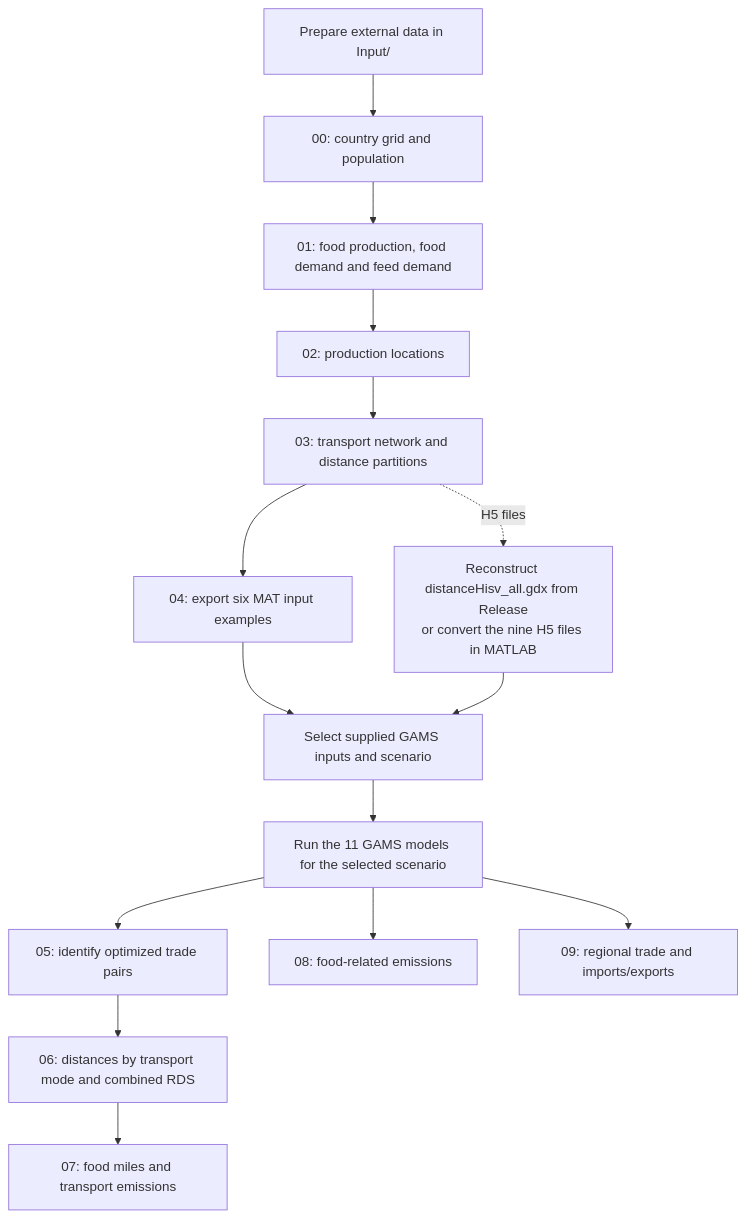
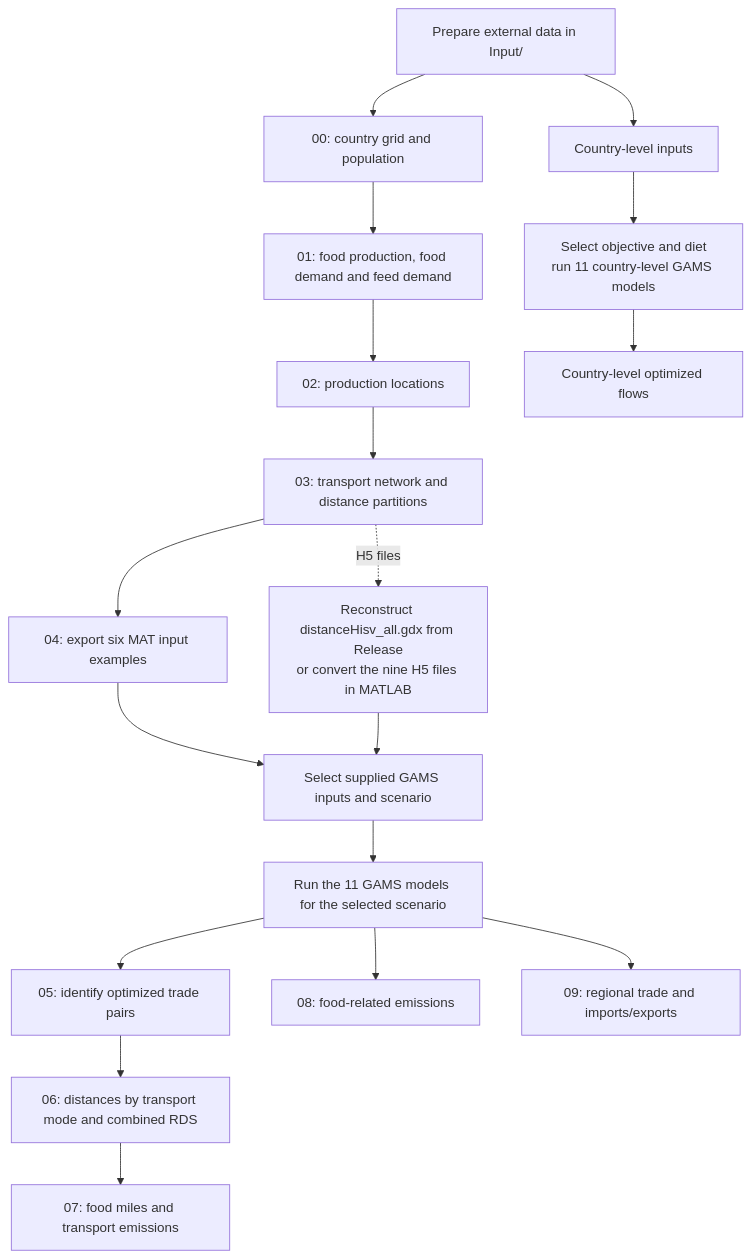
The first of 2 diagrams in README.md (dengzhong/Reproduction-Package-for-dietary-transition-and-localized-food-supply-), drawn with Mermaid before and after one commit. The commit also changed other lines of this file, not shown here.

````diff
--- a/README.md
+++ b/README.md
@@ -707,17 +708,20 @@
-``` mermaid
+```mermaid
 flowchart TD
     A["Prepare external data in Input/"] --> B["00: country grid and population"]
     B --> C["01: food production, food demand and feed demand"]
     C --> D["02: production locations"]
     D --> E["03: transport network and distance partitions"]
     E --> F["04: export six MAT input examples"]
     F --> G["Select supplied GAMS inputs and scenario"]
     H["Reconstruct distanceHisv_all.gdx from Release<br/>or convert the nine H5 files in MATLAB"] --> G
     E -. "H5 files" .-> H
     G --> I["Run the 11 GAMS models for the selected scenario"]
     I --> J["05: identify optimized trade pairs"]
     J --> K["06: distances by transport mode and combined RDS"]
     K --> L["07: food miles and transport emissions"]
     I --> M["08: food-related emissions"]
     I --> N["09: regional trade and imports/exports"]
+    A --> O["Country-level inputs"]
+    O --> P["Select objective and diet<br/>run 11 country-level GAMS models"]
+    P --> Q["Country-level optimized flows"]
 ```
````
